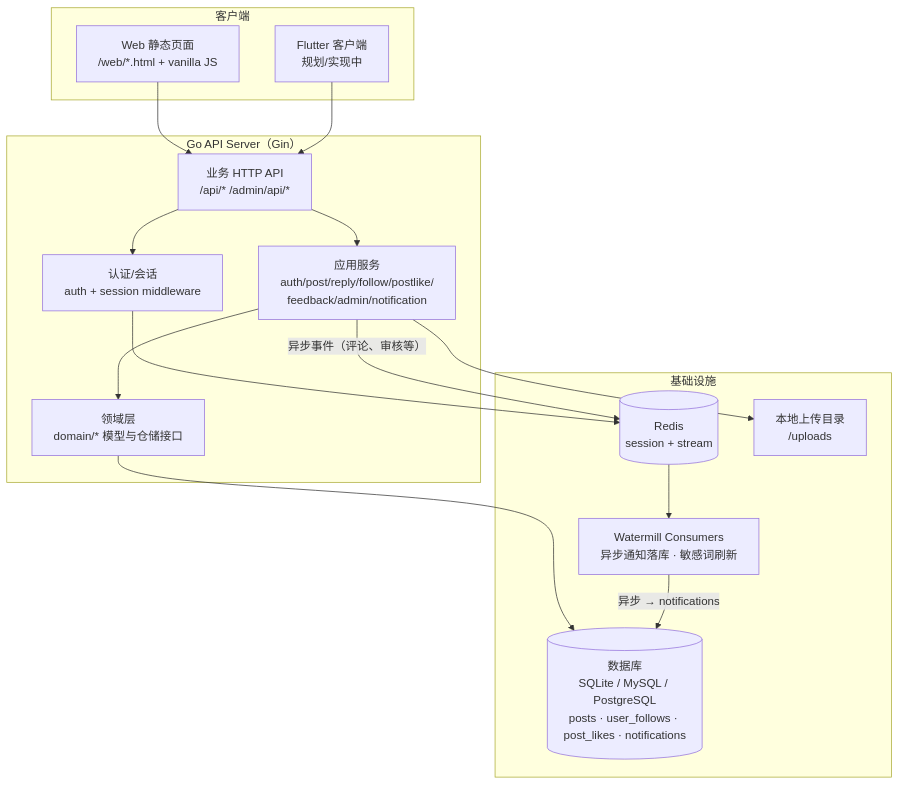
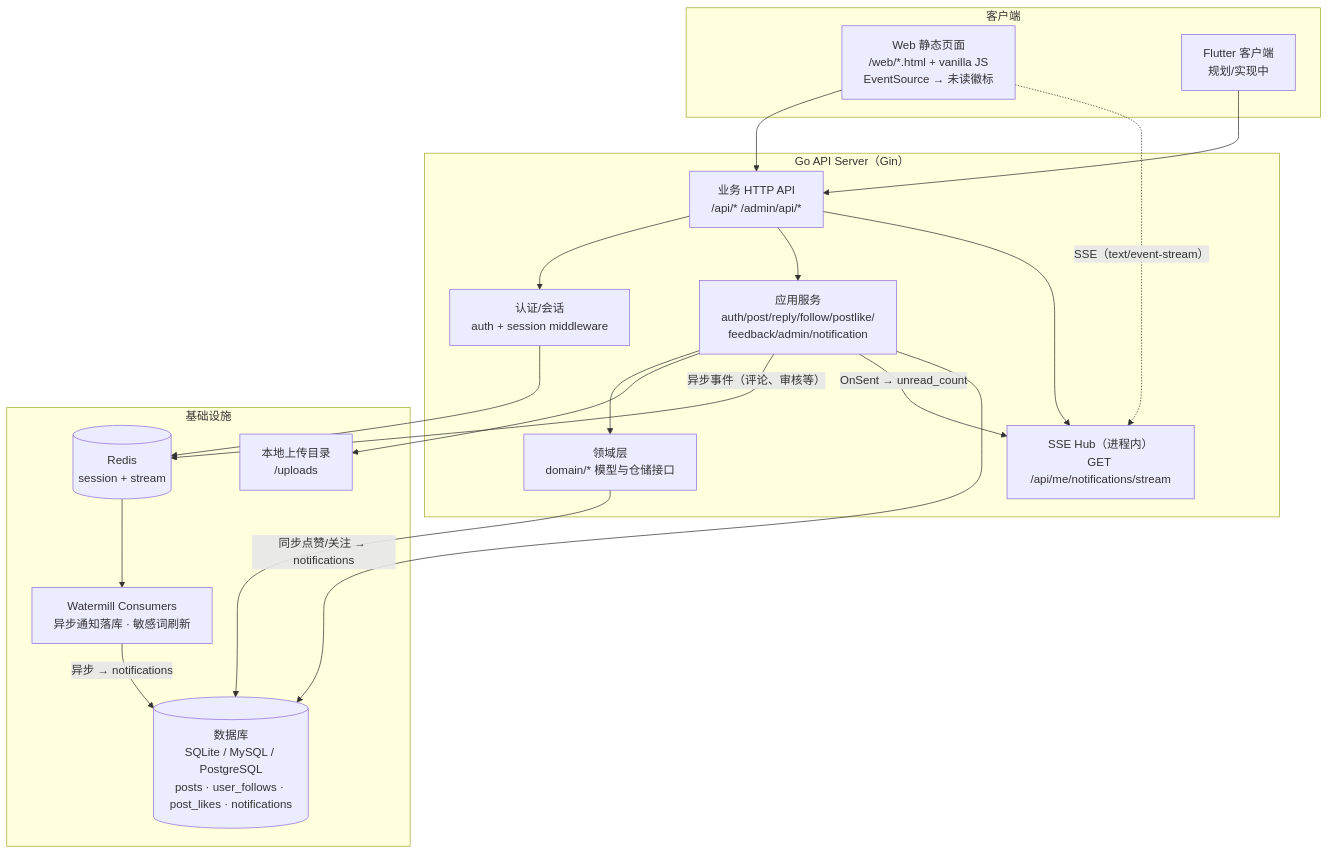
One commit to lpxxn/blink changed the diagram in README.zh-CN.md. Above: the diagram before and after it, drawn with Mermaid. The commit also changed other lines of this file and 1 other file, not shown here.

Commit message:
feat: new feature

````diff
--- a/README.zh-CN.md
+++ b/README.zh-CN.md
@@ -52,33 +54,38 @@
 ```mermaid
 flowchart TB
   subgraph Clients["客户端"]
-    Web["Web 静态页面<br/>/web/*.html + vanilla JS"]
+    Web["Web 静态页面<br/>/web/*.html + vanilla JS<br/>EventSource → 未读徽标"]
     Flutter["Flutter 客户端<br/>规划/实现中"]
   end
 
   subgraph API["Go API Server（Gin）"]
     Auth["认证/会话<br/>auth + session middleware"]
     HTTP["业务 HTTP API<br/>/api/* /admin/api/*"]
+    SSE["SSE Hub（进程内）<br/>GET /api/me/notifications/stream"]
     App["应用服务<br/>auth/post/reply/follow/postlike/<br/>feedback/admin/notification"]
     Domain["领域层<br/>domain/* 模型与仓储接口"]
   end
 
   subgraph Infra["基础设施"]
     DB[("数据库<br/>SQLite / MySQL / PostgreSQL<br/>posts · user_follows · post_likes · notifications")]
     Redis[("Redis<br/>session + stream")]
     Uploads["本地上传目录<br/>/uploads"]
     Watermill["Watermill Consumers<br/>异步通知落库 · 敏感词刷新"]
   end
 
   Web --> HTTP
+  Web -. "SSE（text/event-stream）" .-> SSE
   Flutter --> HTTP
   HTTP --> Auth
   HTTP --> App
+  HTTP --> SSE
   App --> Domain
   Domain --> DB
   Auth --> Redis
   App --> Uploads
   App -- "异步事件（评论、审核等）" --> Redis
   Redis --> Watermill
   Watermill -- "异步 → notifications" --> DB
+  App -- "OnSent → unread_count" --> SSE
+  App -- "同步点赞/关注 → notifications" --> DB
 ```
````
